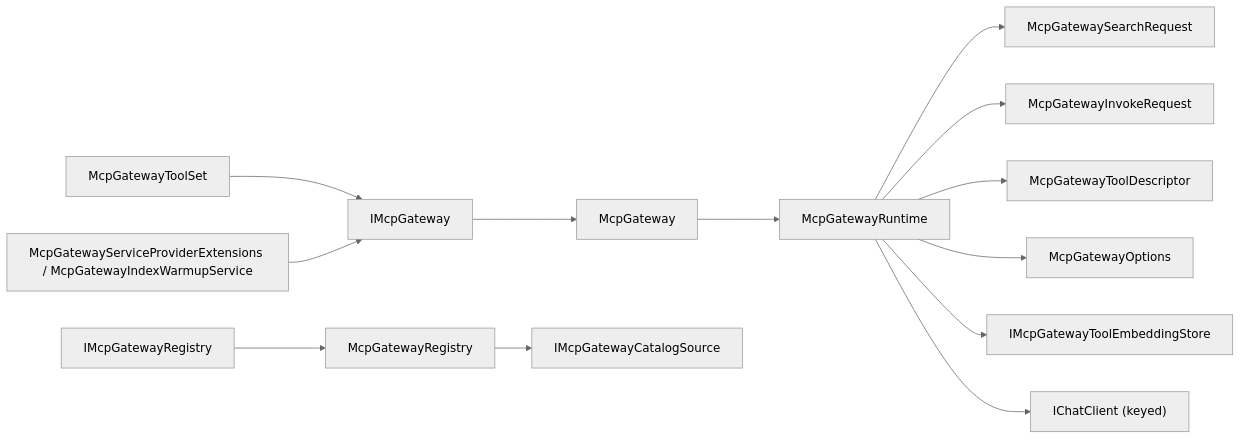
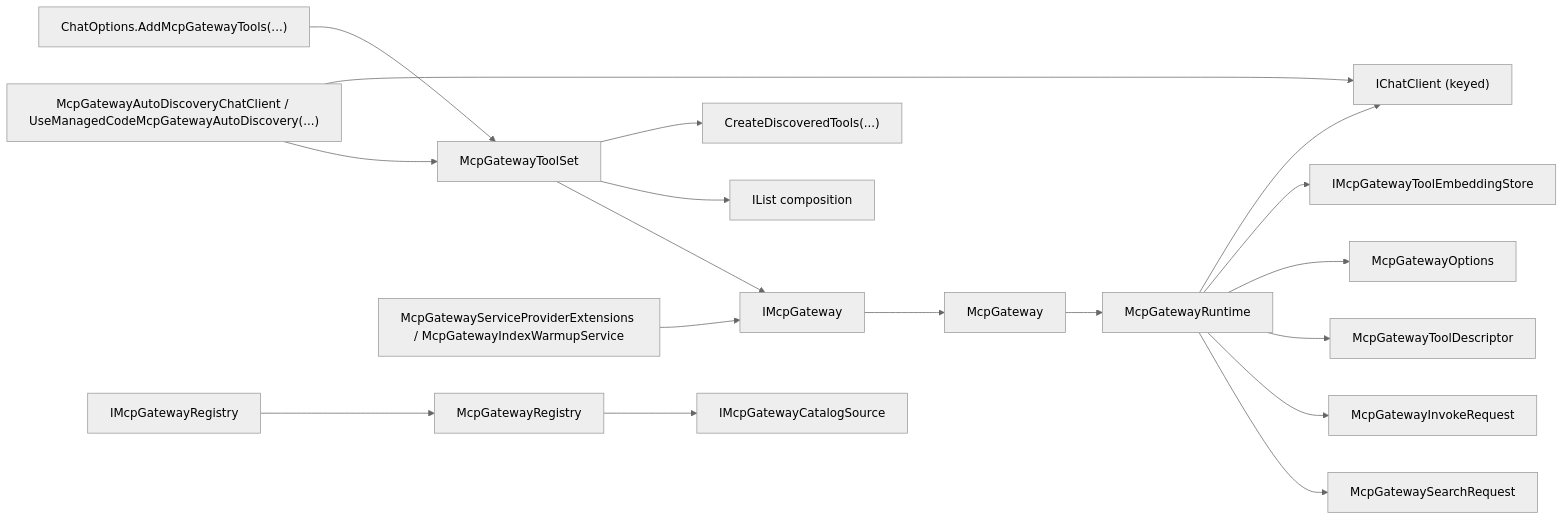
Before and after one commit to pokshiu/MCPGateway: the second of 3 diagrams in docs/Architecture/Overview.md, drawn with Mermaid (neutral theme). The commit also changed other lines of this file and 17 other files, not shown here.

Commit message:
Add MCP gateway auto-discovery integrations

````diff
--- a/docs/Architecture/Overview.md
+++ b/docs/Architecture/Overview.md
@@ -53,15 +58,20 @@
 ```mermaid
 flowchart LR
     IMcpGateway["IMcpGateway"] --> McpGateway["McpGateway"]
     IMcpGatewayRegistry["IMcpGatewayRegistry"] --> Registry["McpGatewayRegistry"]
     ToolSet["McpGatewayToolSet"] --> IMcpGateway
+    ToolSet --> ToolList["IList<AITool> composition"]
+    ToolSet --> DiscoveredTools["CreateDiscoveredTools(...)"]
+    ChatOptions["ChatOptions.AddMcpGatewayTools(...)"] --> ToolSet
+    AutoDiscovery["McpGatewayAutoDiscoveryChatClient / UseManagedCodeMcpGatewayAutoDiscovery(...)"] --> ToolSet
+    AutoDiscovery --> ChatClient
     Warmup["McpGatewayServiceProviderExtensions / McpGatewayIndexWarmupService"] --> IMcpGateway
     McpGateway --> Runtime["McpGatewayRuntime"]
     Runtime --> SearchRequest["McpGatewaySearchRequest"]
     Runtime --> InvokeRequest["McpGatewayInvokeRequest"]
     Runtime --> Descriptor["McpGatewayToolDescriptor"]
     Runtime --> Options["McpGatewayOptions"]
     Runtime --> EmbeddingStore["IMcpGatewayToolEmbeddingStore"]
     Runtime --> ChatClient["IChatClient (keyed)"]
     Registry --> CatalogSource["IMcpGatewayCatalogSource"]
 ```
````
